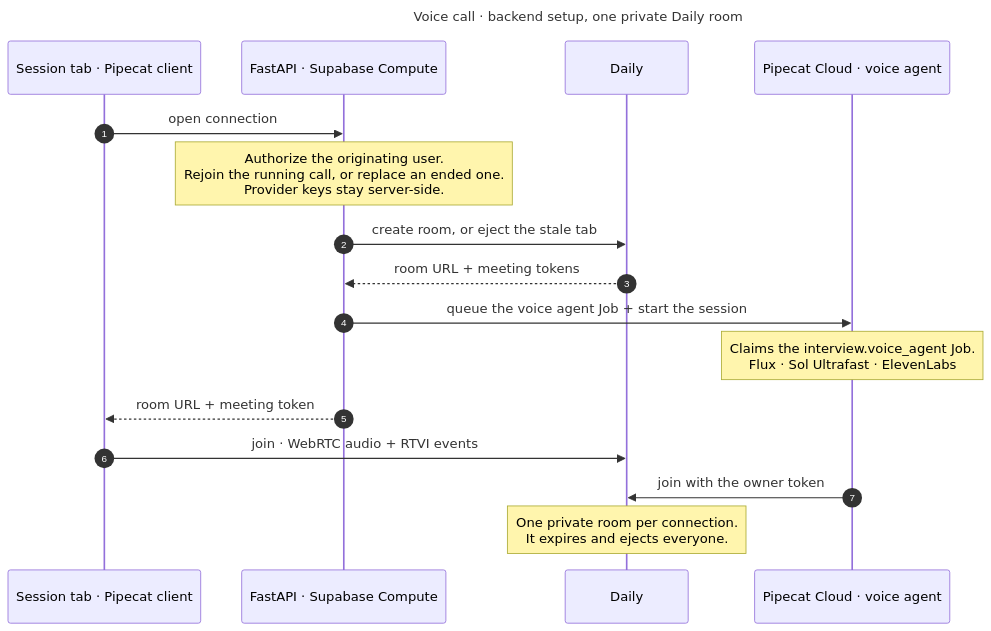
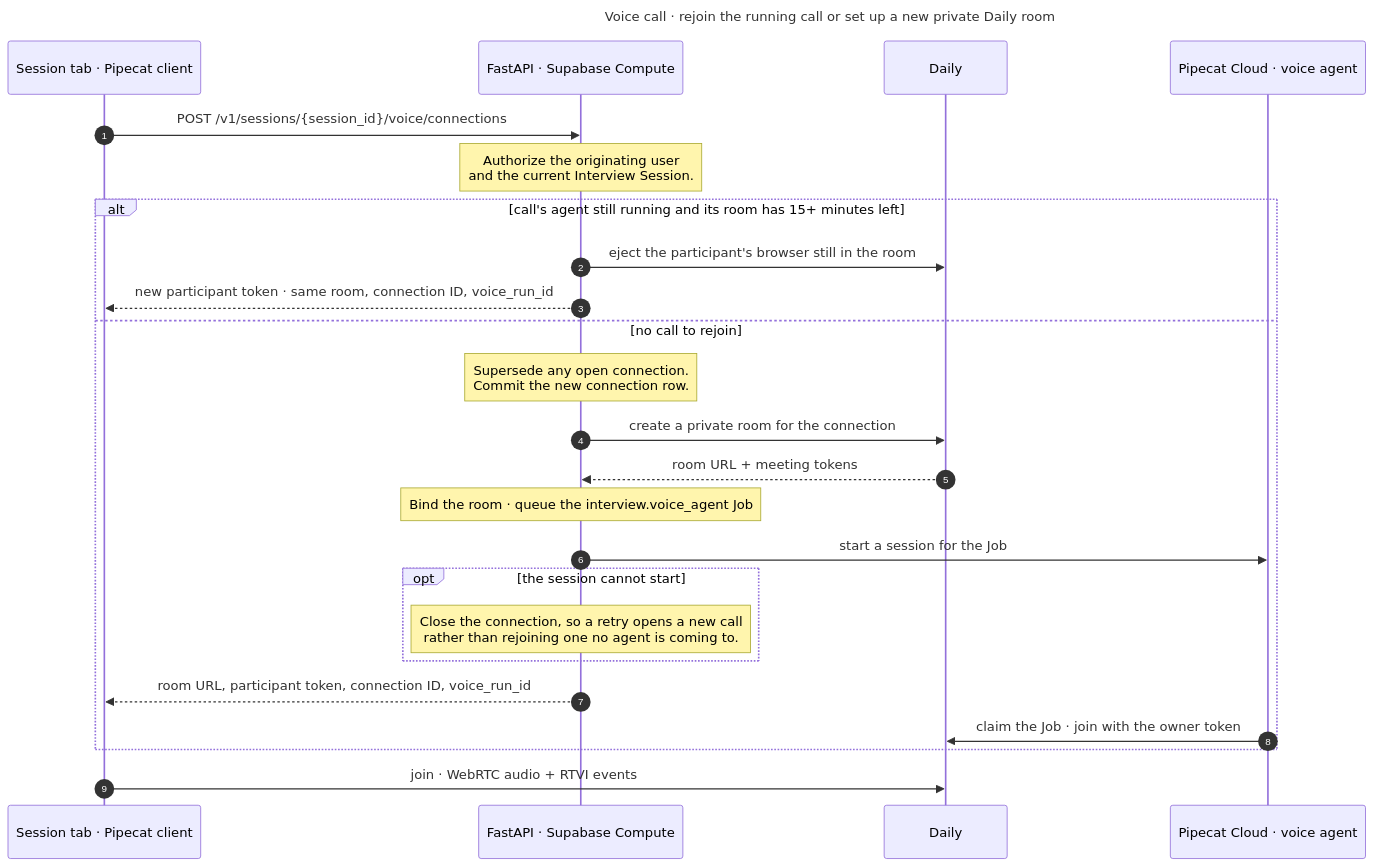
Before and after one commit to rithm84/userTrace: the diagram in docs/diagrams/pele/voice-session-bootstrap.mmd, drawn with Mermaid. The commit also changed 628 other files, not shown here.

```diff
--- a/docs/diagrams/pele/voice-session-bootstrap.mmd
+++ b/docs/diagrams/pele/voice-session-bootstrap.mmd
@@ -1,20 +1,28 @@
 ---
-title: Voice call · backend setup, one private Daily room
+title: Voice call · rejoin the running call or set up a new private Daily room
 ---
 sequenceDiagram
   autonumber
   participant tab as Session tab · Pipecat client
   participant api as FastAPI · Supabase Compute
   participant daily as Daily
   participant agent as Pipecat Cloud · voice agent
 
-  tab->>api: open connection
-  Note over api: Authorize the originating user.<br/>Rejoin the running call, or replace an ended one.<br/>Provider keys stay server-side.
-  api->>daily: create room, or eject the stale tab
-  daily-->>api: room URL + meeting tokens
-  api->>agent: queue the voice agent Job + start the session
-  Note over agent: Claims the interview.voice_agent Job.<br/>Flux · Sol Ultrafast · ElevenLabs
-  api-->>tab: room URL + meeting token
+  tab->>api: POST /v1/sessions/{session_id}/voice/connections
+  Note over api: Authorize the originating user<br/>and the current Interview Session.
+  alt call's agent still running and its room has 15+ minutes left
+    api->>daily: eject the participant's browser still in the room
+    api-->>tab: new participant token · same room, connection ID, voice_run_id
+  else no call to rejoin
+    Note over api: Supersede any open connection.<br/>Commit the new connection row.
+    api->>daily: create a private room for the connection
+    daily-->>api: room URL + meeting tokens
+    Note over api: Bind the room · queue the interview.voice_agent Job
+    api->>agent: start a session for the Job
+    opt the session cannot start
+      Note over api: Close the connection, so a retry opens a new call<br/>rather than rejoining one no agent is coming to.
+    end
+    api-->>tab: room URL, participant token, connection ID, voice_run_id
+    agent->>daily: claim the Job · join with the owner token
+  end
   tab->>daily: join · WebRTC audio + RTVI events
-  agent->>daily: join with the owner token
-  Note over daily: One private room per connection.<br/>It expires and ejects everyone.
```
